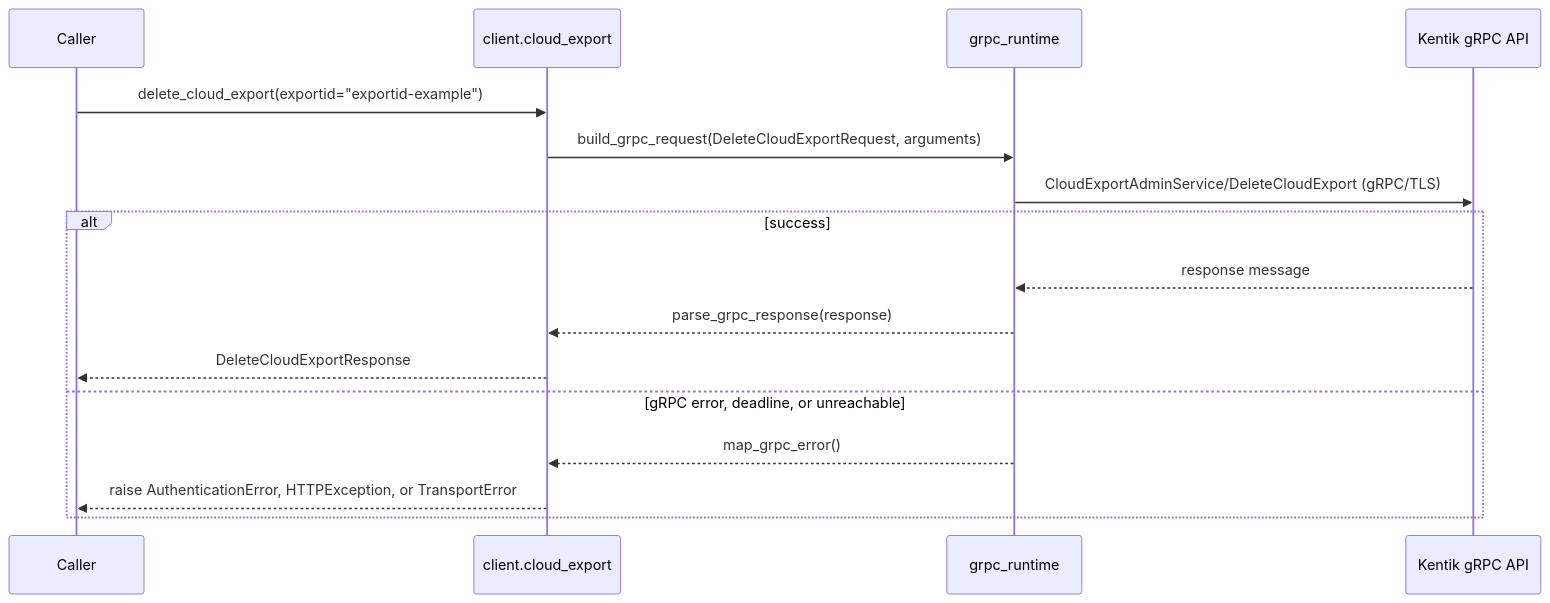
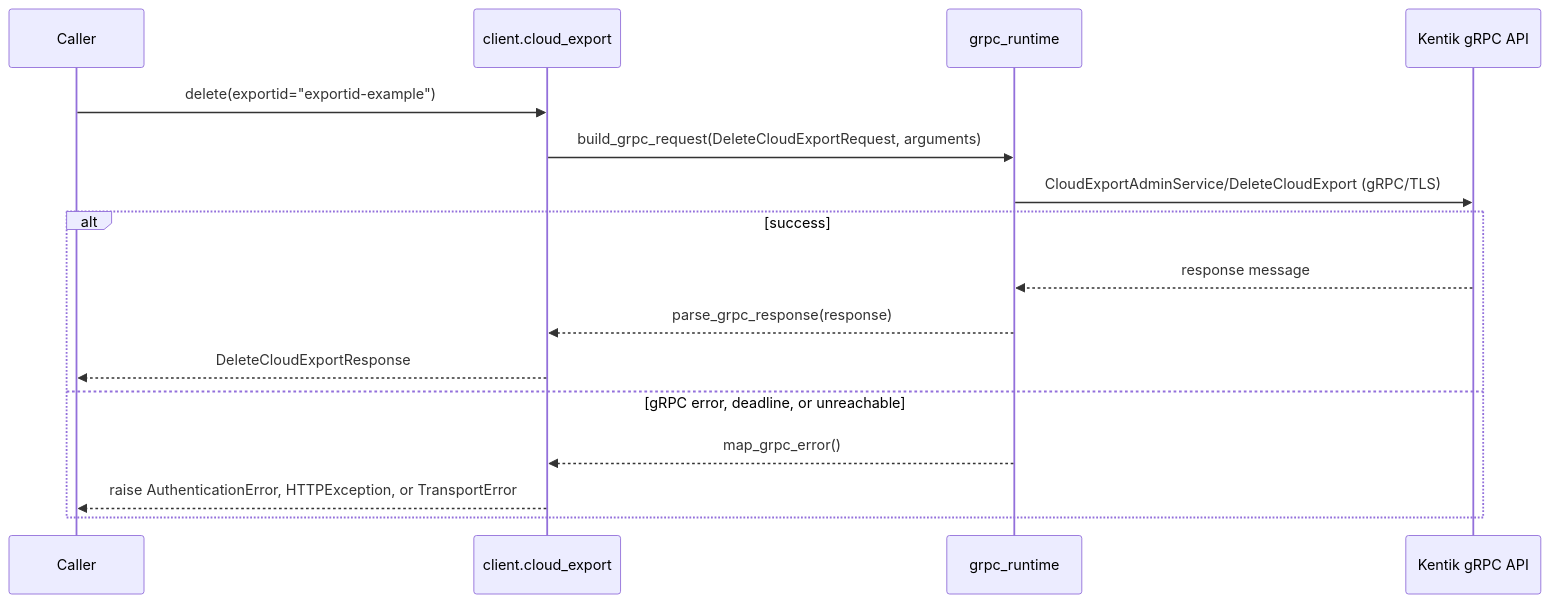
Diagram 11 of 12 in docs/sphinx/services/cloud_export.md (alexdearaujo/community_sdk_python), drawn with Mermaid before and after one commit. The commit also changed other lines of this file and 119 other files, not shown here.

````diff
--- a/docs/sphinx/services/cloud_export.md
+++ b/docs/sphinx/services/cloud_export.md
@@ -359,19 +359,19 @@
 ```mermaid
 sequenceDiagram
     participant C as Caller
     participant W as client.cloud_export
     participant R as grpc_runtime
     participant API as Kentik gRPC API
 
-    C->>W: delete_cloud_export(exportid="exportid-example")
+    C->>W: delete(exportid="exportid-example")
     W->>R: build_grpc_request(DeleteCloudExportRequest, arguments)
     R->>API: CloudExportAdminService/DeleteCloudExport (gRPC/TLS)
     alt success
         API-->>R: response message
         R-->>W: parse_grpc_response(response)
         W-->>C: DeleteCloudExportResponse
     else gRPC error, deadline, or unreachable
         R-->>W: map_grpc_error()
         W-->>C: raise AuthenticationError, HTTPException, or TransportError
     end
 ```
````
